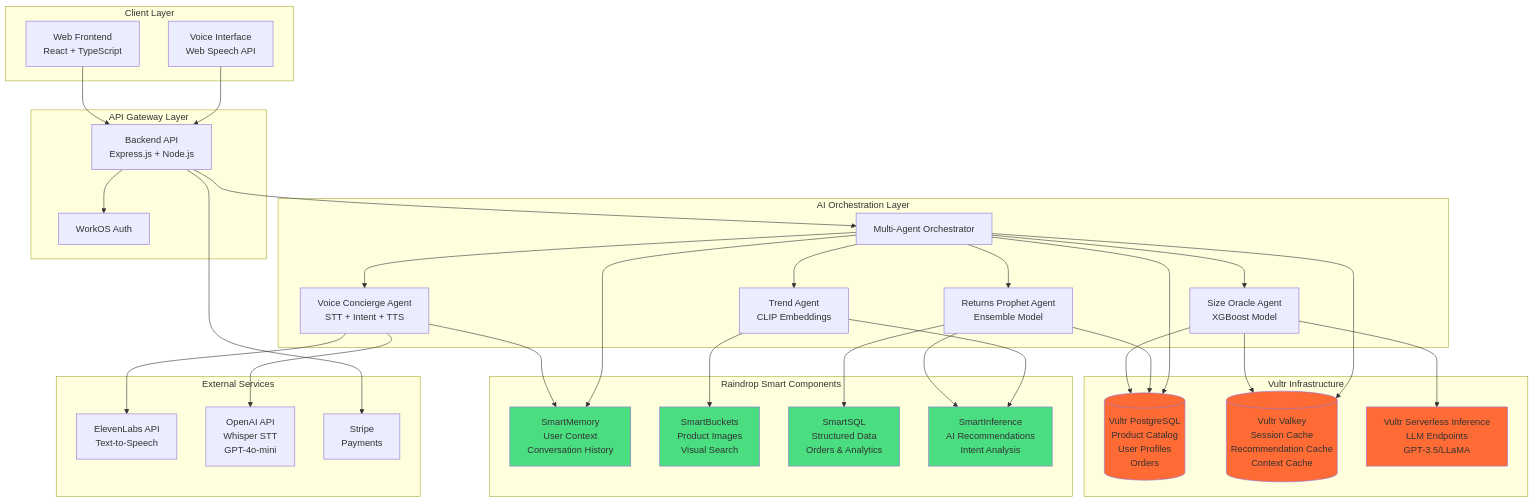
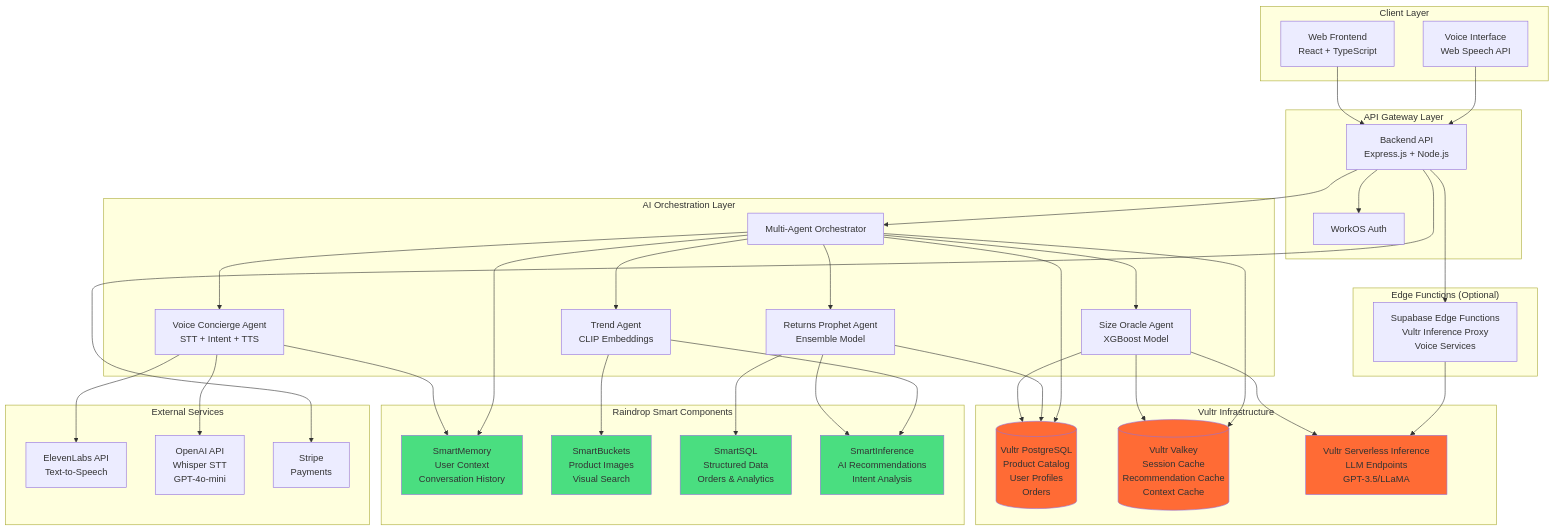
One commit to lucylow/style-shepherd-final changed the first of 10 diagrams in README.md. Above: the diagram before and after it, drawn with Mermaid. The commit also changed other lines of this file, not shown here.

```diff
--- a/README.md
+++ b/README.md
@@ -92,6 +92,10 @@
         STRIPE[Stripe<br/>Payments]
     end
     
+    subgraph "Edge Functions (Optional)"
+        SUPABASE[Supabase Edge Functions<br/>Vultr Inference Proxy<br/>Voice Services]
+    end
+    
     WEB --> API
     VOICE --> API
     API --> AUTH
@@ -122,6 +126,8 @@
     ORCH --> RAINDROP_MEMORY
     
     API --> STRIPE
+    API --> SUPABASE
+    SUPABASE --> VULTR_INFERENCE
     
     style VULTR_PG fill:#ff6b35
     style VULTR_VALKEY fill:#ff6b35
```
